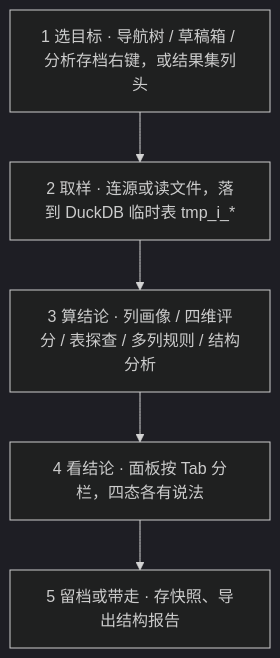
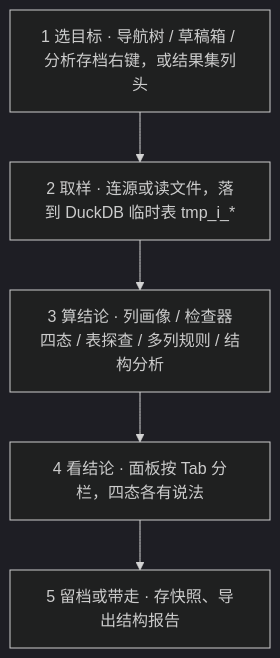
One commit to ling-love-xin/RdataStation-v2 changed the first of 2 diagrams in docs/architecture/insight/insight-showcase.md. Above: the diagram before and after it, drawn with Mermaid (dark theme). The commit also changed other lines of this file and 7 other files, not shown here.

````diff
--- a/docs/architecture/insight/insight-showcase.md
+++ b/docs/architecture/insight/insight-showcase.md
@@ -130,7 +131,7 @@
 ```mermaid
 flowchart TD
     A["1 选目标 · 导航树 / 草稿箱 / 分析存档右键，或结果集列头"] --> B["2 取样 · 连源或读文件，落到 DuckDB 临时表 tmp_i_*"]
-    B --> C["3 算结论 · 列画像 / 四维评分 / 表探查 / 多列规则 / 结构分析"]
+    B --> C["3 算结论 · 列画像 / 检查器四态 / 表探查 / 多列规则 / 结构分析"]
     C --> D["4 看结论 · 面板按 Tab 分栏，四态各有说法"]
     D --> E["5 留档或带走 · 存快照、导出结构报告"]
 ```
````
